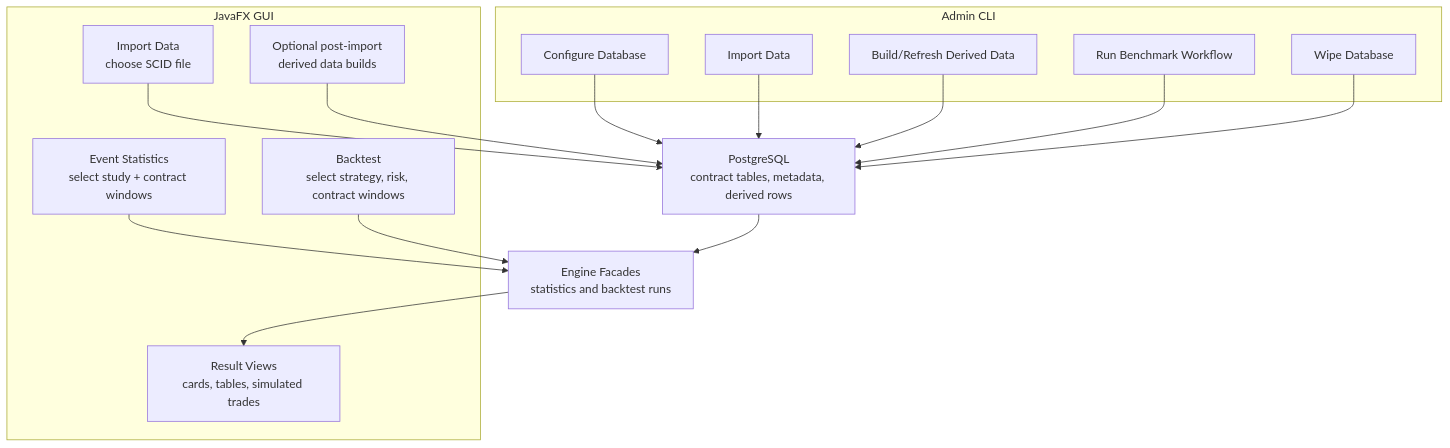
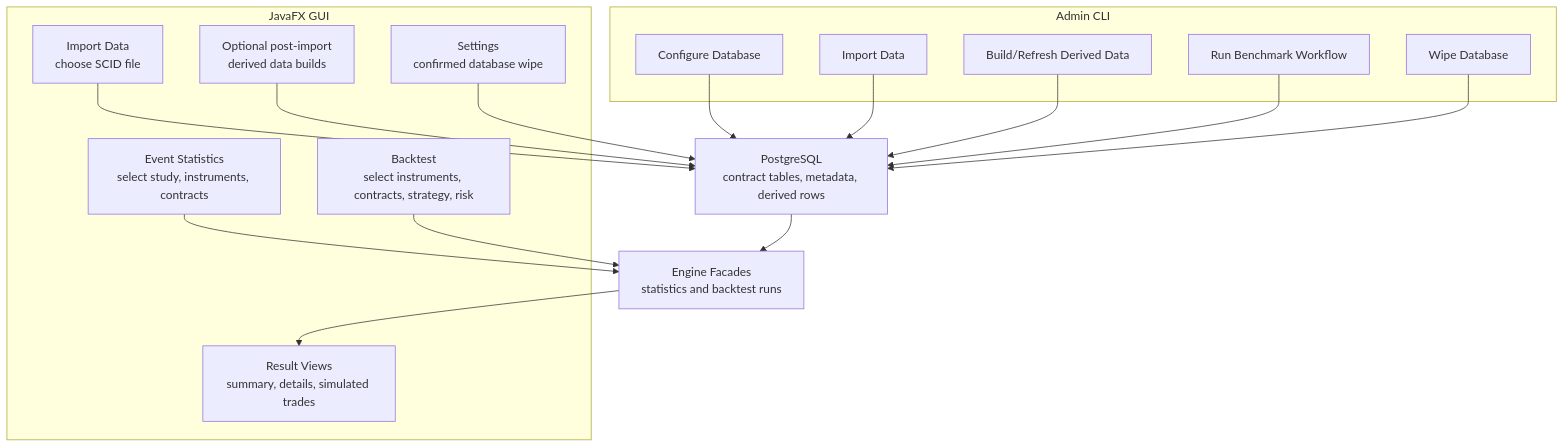
The first of 3 diagrams in docs/diagrams/workflow-sequences.md (probst-paul/FORGE), drawn with Mermaid before and after one commit. The commit also changed other lines of this file and 4 other files, not shown here.

First line of the commit message:
Update docs diagrams for import, DB, and UI changes

````diff
--- a/docs/diagrams/workflow-sequences.md
+++ b/docs/diagrams/workflow-sequences.md
@@ -5,34 +5,36 @@
 ```mermaid
 flowchart TB
     subgraph GUI["JavaFX GUI"]
         G1["Import Data<br/>choose SCID file"]
         G2["Optional post-import<br/>derived data builds"]
-        G3["Event Statistics<br/>select study + contract windows"]
-        G4["Backtest<br/>select strategy, risk, contract windows"]
-        G5["Result Views<br/>cards, tables, simulated trades"]
+        G3["Event Statistics<br/>select study, instruments, contracts"]
+        G4["Backtest<br/>select instruments, contracts, strategy, risk"]
+        G5["Result Views<br/>summary, details, simulated trades"]
+        G6["Settings<br/>confirmed database wipe"]
     end
 
     subgraph CLI["Admin CLI"]
         C1["Configure Database"]
         C2["Import Data"]
         C3["Build/Refresh Derived Data"]
         C4["Run Benchmark Workflow"]
         C5["Wipe Database"]
     end
 
     DATA["PostgreSQL<br/>contract tables, metadata, derived rows"]
     ENGINE["Engine Facades<br/>statistics and backtest runs"]
 
     C1 --> DATA
     C2 --> DATA
     C3 --> DATA
     C4 --> DATA
     C5 --> DATA
 
     G1 --> DATA
     G2 --> DATA
     G3 --> ENGINE
     G4 --> ENGINE
+    G6 --> DATA
     DATA --> ENGINE
     ENGINE --> G5
 ```
````
